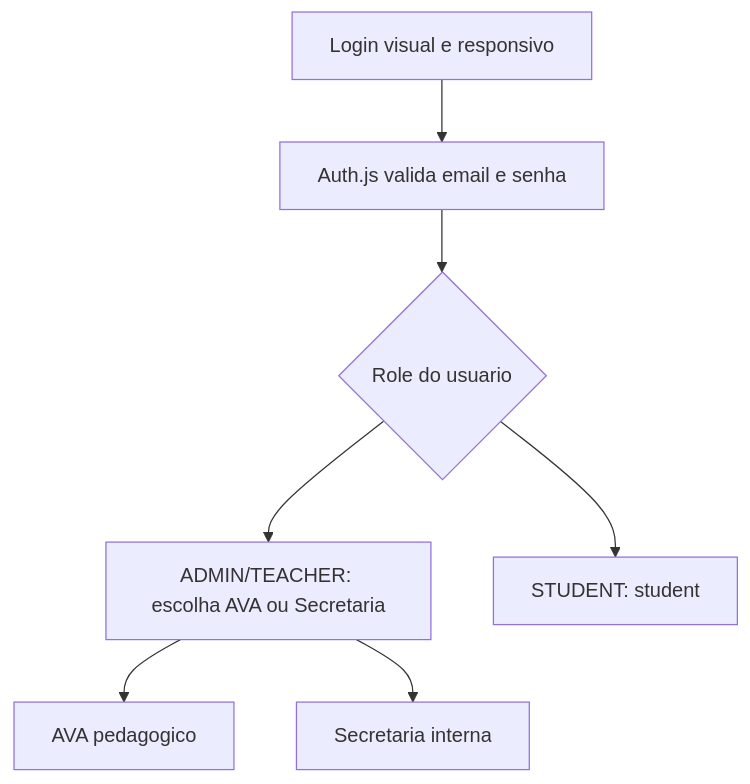
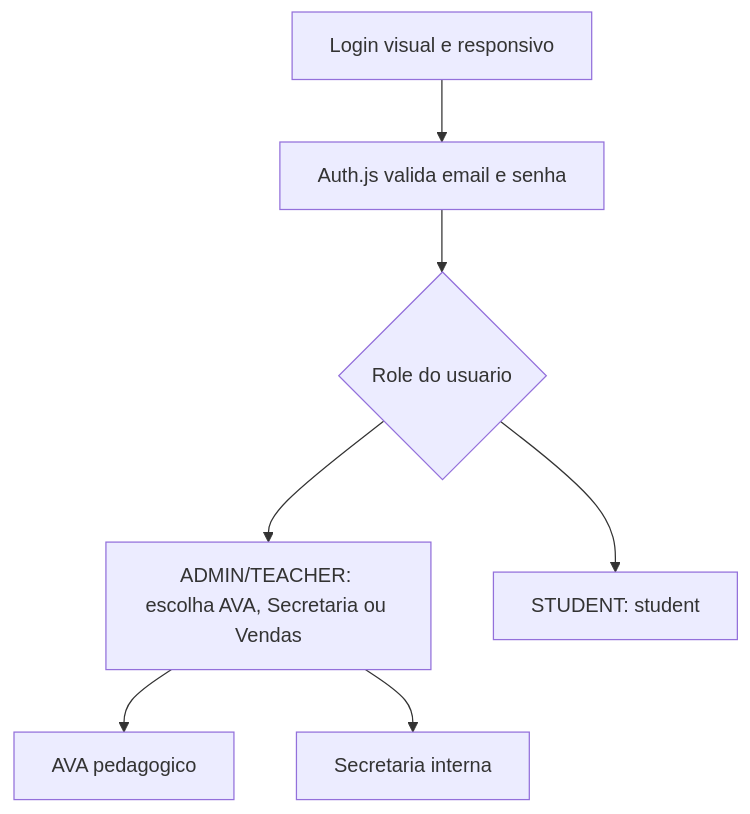
Before and after one commit to WilliYY/Candy-English: the second of 2 diagrams in docs/design-direcao.md, drawn with Mermaid. The commit also changed other lines of this file and 1 other file, not shown here.

Commit message:
docs: registrar acesso ao pdv de vendas

````diff
--- a/docs/design-direcao.md
+++ b/docs/design-direcao.md
@@ -147,9 +148,9 @@
 ```mermaid
 flowchart TD
   A["Login visual e responsivo"] --> B["Auth.js valida email e senha"]
   B --> C{"Role do usuario"}
-  C --> D["ADMIN/TEACHER: escolha AVA ou Secretaria"]
+  C --> D["ADMIN/TEACHER: escolha AVA, Secretaria ou Vendas"]
   D --> E["AVA pedagogico"]
   D --> F["Secretaria interna"]
   C --> G["STUDENT: student"]
 ```
````
